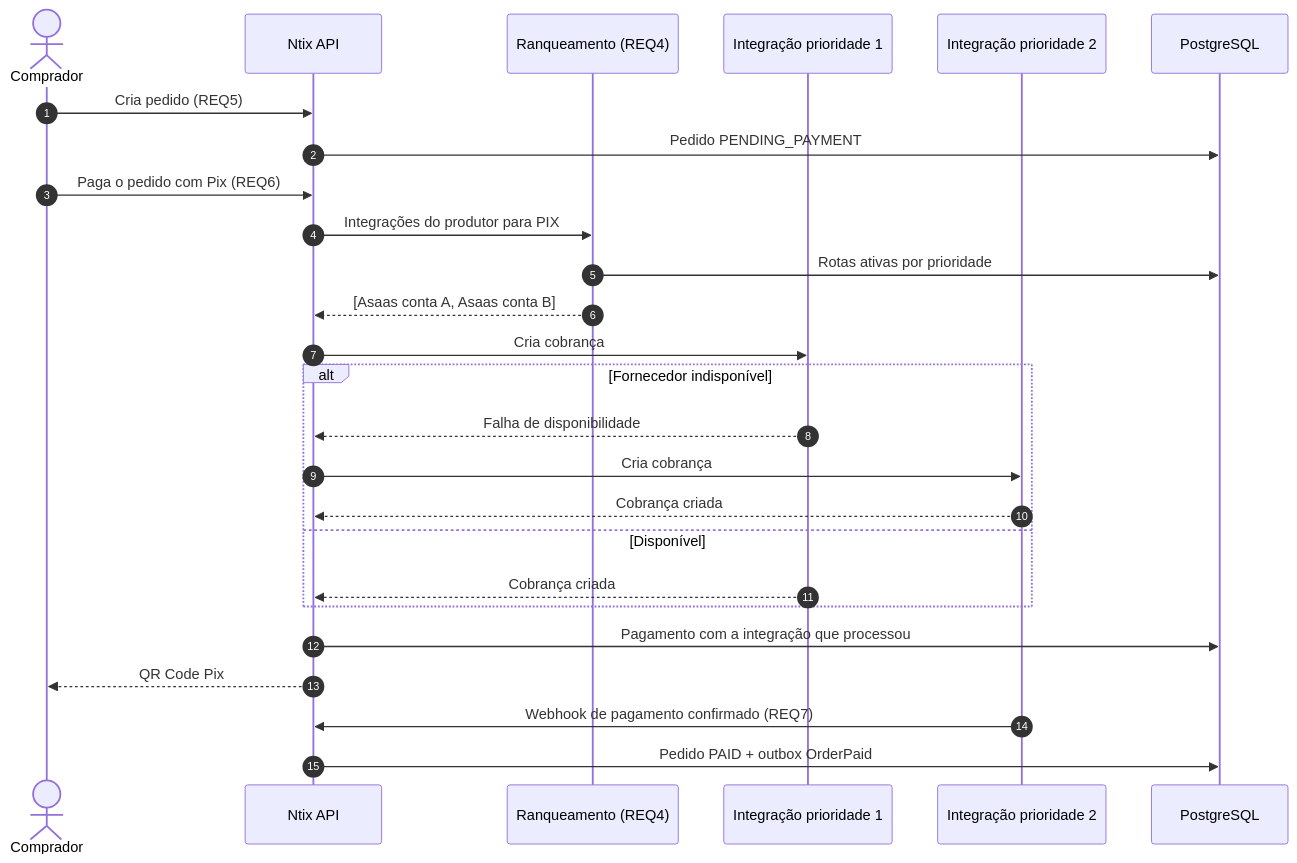
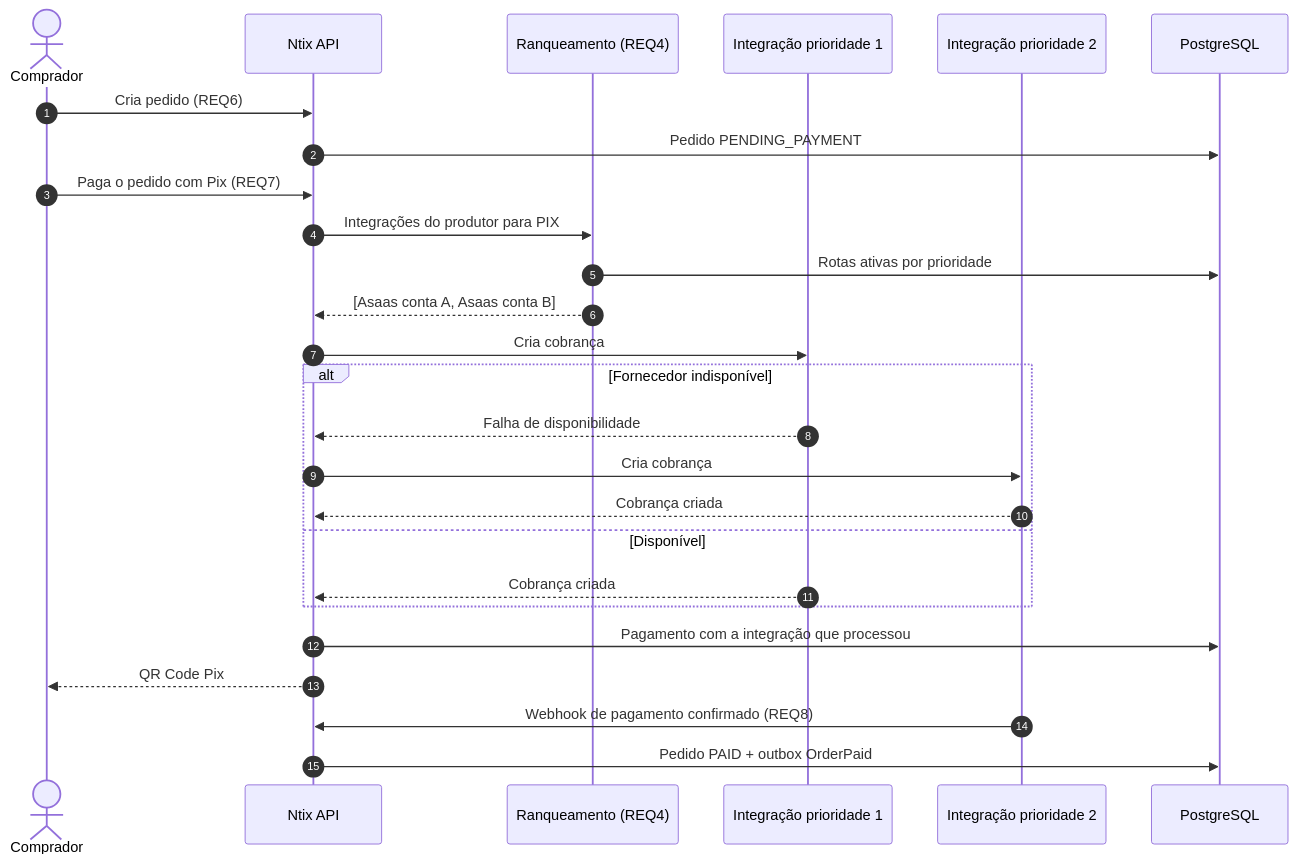
One commit to OtavioVB/ntix-backend changed the first of 5 diagrams in backlog/REQ4-integracoes-de-pagamento-do-produtor.md. Above: the diagram before and after it, drawn with Mermaid. The commit also changed other lines of this file, not shown here.

Commit message:
docs: renumber payment requirements after REQ5 authentication

````diff
--- a/backlog/REQ4-integracoes-de-pagamento-do-produtor.md
+++ b/backlog/REQ4-integracoes-de-pagamento-do-produtor.md
@@ -20,29 +20,29 @@
 ```mermaid
 sequenceDiagram
     autonumber
     actor Comprador
     participant API as Ntix API
     participant Rank as Ranqueamento (REQ4)
     participant F1 as Integração prioridade 1
     participant F2 as Integração prioridade 2
     participant DB as PostgreSQL
 
-    Comprador->>API: Cria pedido (REQ5)
+    Comprador->>API: Cria pedido (REQ6)
     API->>DB: Pedido PENDING_PAYMENT
-    Comprador->>API: Paga o pedido com Pix (REQ6)
+    Comprador->>API: Paga o pedido com Pix (REQ7)
     API->>Rank: Integrações do produtor para PIX
     Rank->>DB: Rotas ativas por prioridade
     Rank-->>API: [Asaas conta A, Asaas conta B]
     API->>F1: Cria cobrança
     alt Fornecedor indisponível
         F1-->>API: Falha de disponibilidade
         API->>F2: Cria cobrança
         F2-->>API: Cobrança criada
     else Disponível
         F1-->>API: Cobrança criada
     end
     API->>DB: Pagamento com a integração que processou
     API-->>Comprador: QR Code Pix
-    F2->>API: Webhook de pagamento confirmado (REQ7)
+    F2->>API: Webhook de pagamento confirmado (REQ8)
     API->>DB: Pedido PAID + outbox OrderPaid
 ```
````
